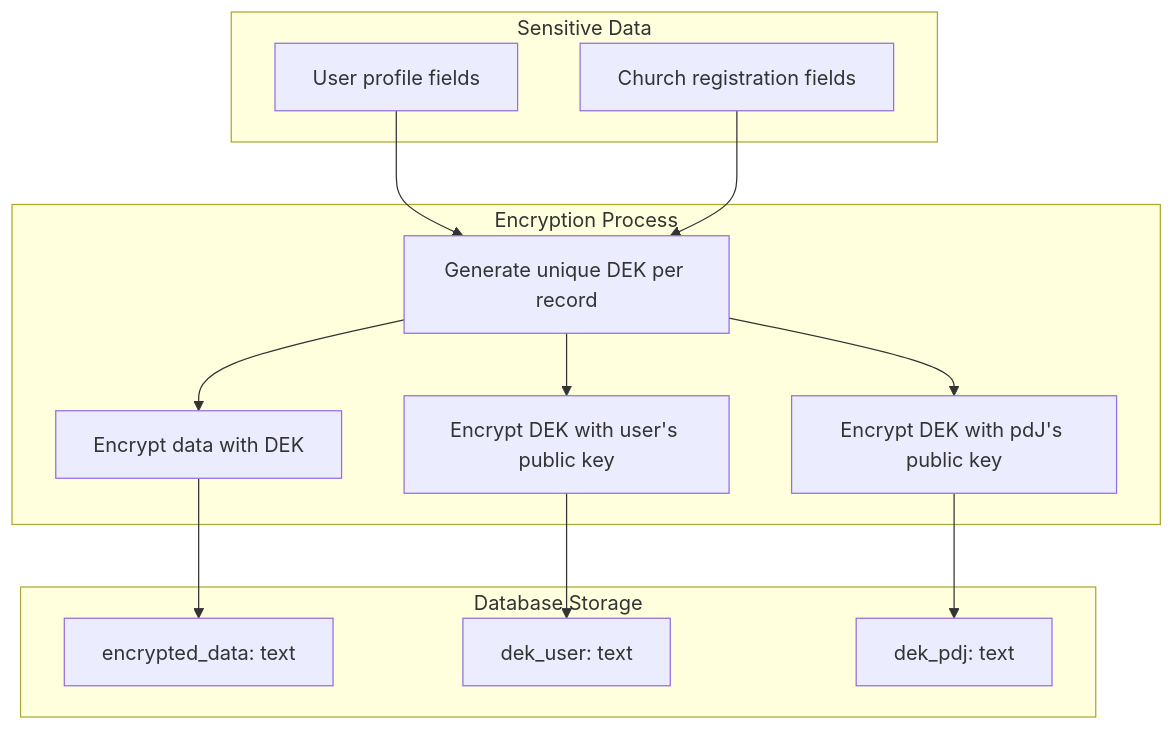
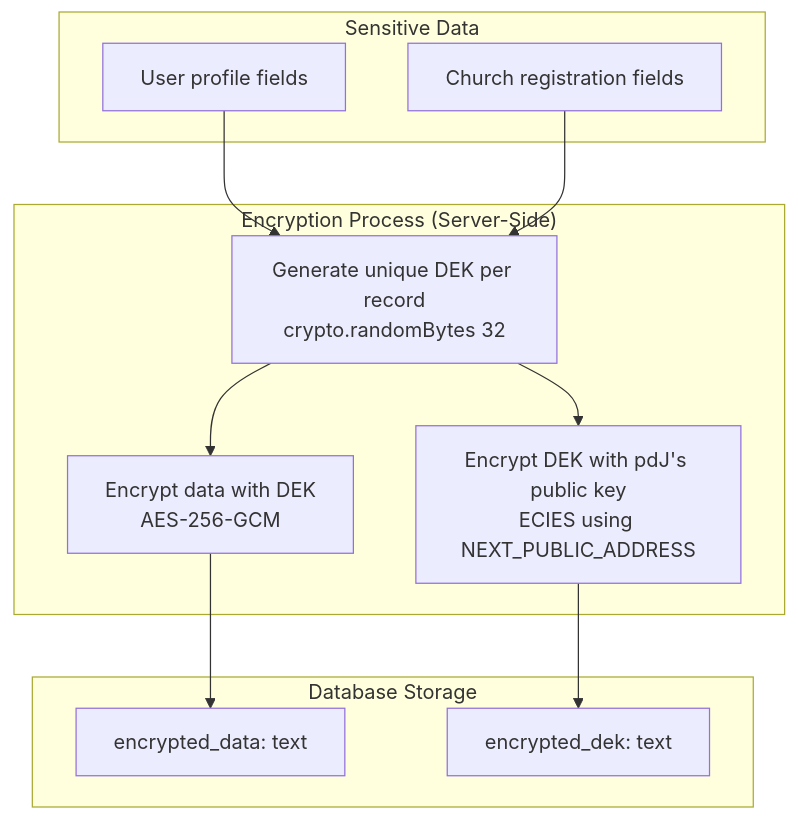
One commit to pasosdeJesus/learn.tg changed the first of 3 diagrams in REQ/153.md. Above: the diagram before and after it, drawn with Mermaid. The commit also changed other lines of this file and 4 other files, not shown here.

````diff
--- a/REQ/153.md
+++ b/REQ/153.md
@@ -59,29 +58,25 @@
 ```mermaid
 flowchart TB
     subgraph Data["Sensitive Data"]
         A[User profile fields]
         B[Church registration fields]
     end
 
-    subgraph Encryption["Encryption Process"]
-        C[Generate unique DEK per record]
-        D[Encrypt data with DEK]
-        E[Encrypt DEK with user's public key]
-        F[Encrypt DEK with pdJ's public key]
+    subgraph Encryption["Encryption Process (Server-Side)"]
+        C[Generate unique DEK per record<br/>crypto.randomBytes 32]
+        D[Encrypt data with DEK<br/>AES-256-GCM]
+        E[Encrypt DEK with pdJ's public key<br/>ECIES using NEXT_PUBLIC_ADDRESS]
     end
 
     subgraph Storage["Database Storage"]
         G[encrypted_data: text]
-        H[dek_user: text]
-        I[dek_pdj: text]
+        H[encrypted_dek: text]
     end
 
     A --> C
     B --> C
     C --> D
     D --> G
     C --> E
     E --> H
-    C --> F
-    F --> I
 ```
````
